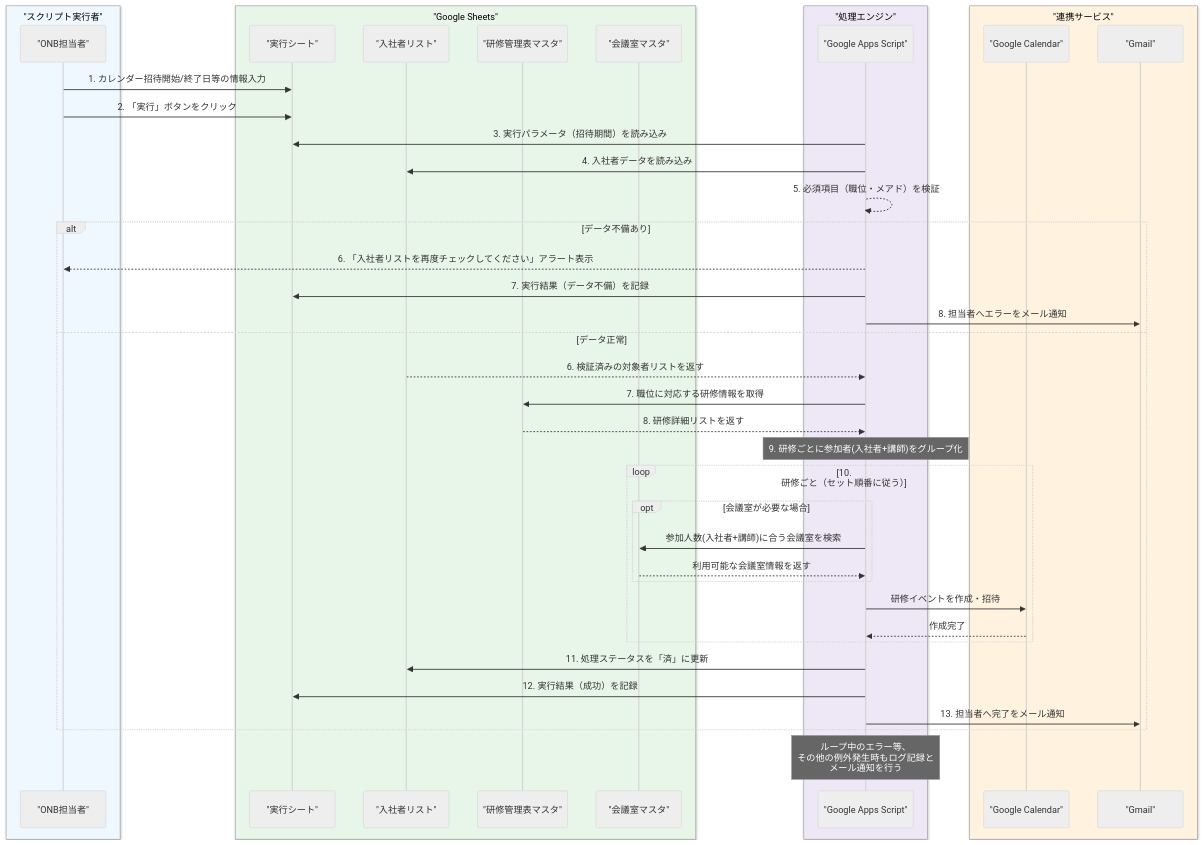
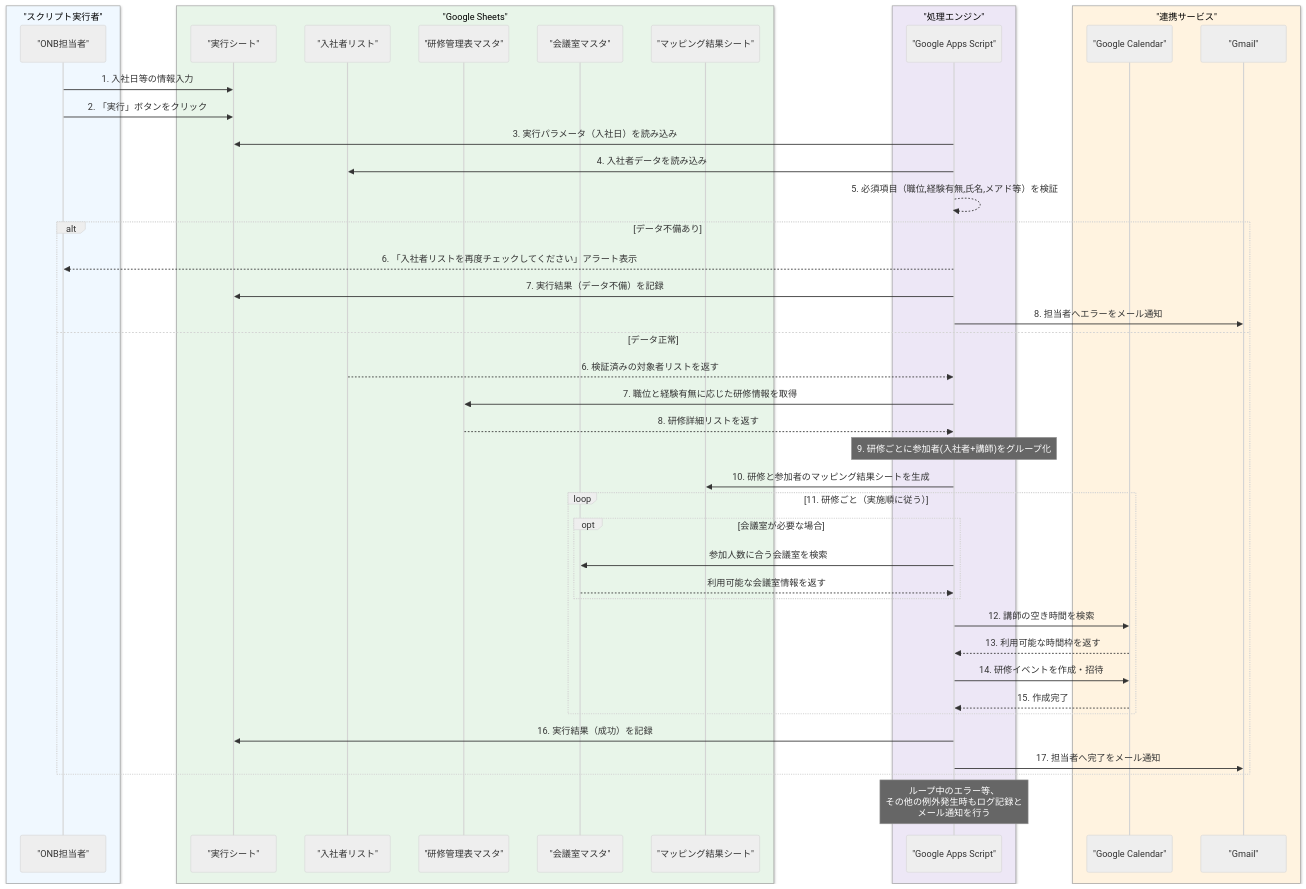
One commit to YutaImai-FLUX/flux_onb_automate changed the second of 4 diagrams in gas_calendar_automation.md. Above: the diagram before and after it, drawn with Mermaid (neutral theme). The commit also changed other lines of this file and 2 other files, not shown here.

````diff
--- a/gas_calendar_automation.md
+++ b/gas_calendar_automation.md
@@ -65,50 +68,53 @@
 ```mermaid
 sequenceDiagram
     box rgb(240, 248, 255) "スクリプト実行者"
         participant User as "ONB担当者"
     end
 
     box rgb(232, 245, 233) "Google Sheets"
         participant ExecutionSheet as "実行シート"
         participant NewHireList as "入社者リスト"
         participant Master as "研修管理表マスタ"
         participant Rooms as "会議室マスタ"
+        participant MappingSheet as "マッピング結果シート"
     end
 
     box rgb(237, 231, 246) "処理エンジン"
         participant GAS as "Google Apps Script"
     end
 
     box rgb(255, 243, 224) "連携サービス"
         participant Calendar as "Google Calendar"
         participant Gmail as "Gmail"
     end
 
-    User->>ExecutionSheet: 1. カレンダー招待開始/終了日等の情報入力
+    User->>ExecutionSheet: 1. 入社日等の情報入力
     User->>ExecutionSheet: 2. 「実行」ボタンをクリック
-    GAS->>ExecutionSheet: 3. 実行パラメータ（招待期間）を読み込み
+    GAS->>ExecutionSheet: 3. 実行パラメータ（入社日）を読み込み
     GAS->>NewHireList: 4. 入社者データを読み込み
-    GAS-->>GAS: 5. 必須項目（職位・メアド）を検証
+    GAS-->>GAS: 5. 必須項目（職位,経験有無,氏名,メアド等）を検証
     alt データ不備あり
         GAS-->>User: 6. 「入社者リストを再度チェックしてください」アラート表示
         GAS->>ExecutionSheet: 7. 実行結果（データ不備）を記録
         GAS->>Gmail: 8. 担当者へエラーをメール通知
     else データ正常
         NewHireList-->>GAS: 6. 検証済みの対象者リストを返す
-        GAS->>Master: 7. 職位に対応する研修情報を取得
+        GAS->>Master: 7. 職位と経験有無に応じた研修情報を取得
         Master-->>GAS: 8. 研修詳細リストを返す
         Note over GAS: 9. 研修ごとに参加者(入社者+講師)をグループ化
-        loop 10. 研修ごと（セット順番に従う）
+        GAS->>MappingSheet: 10. 研修と参加者のマッピング結果シートを生成
+        loop 11. 研修ごと（実施順に従う）
             opt 会議室が必要な場合
-                GAS->>Rooms: 参加人数(入社者+講師)に合う会議室を検索
+                GAS->>Rooms: 参加人数に合う会議室を検索
                 Rooms-->>GAS: 利用可能な会議室情報を返す
             end
-            GAS->>Calendar: 研修イベントを作成・招待
-            Calendar-->>GAS: 作成完了
+            GAS->>Calendar: 12. 講師の空き時間を検索
+            Calendar-->>GAS: 13. 利用可能な時間枠を返す
+            GAS->>Calendar: 14. 研修イベントを作成・招待
+            Calendar-->>GAS: 15. 作成完了
         end
-        GAS->>NewHireList: 11. 処理ステータスを「済」に更新
-        GAS->>ExecutionSheet: 12. 実行結果（成功）を記録
-        GAS->>Gmail: 13. 担当者へ完了をメール通知
+        GAS->>ExecutionSheet: 16. 実行結果（成功）を記録
+        GAS->>Gmail: 17. 担当者へ完了をメール通知
     end
     Note over GAS: ループ中のエラー等、<br>その他の例外発生時もログ記録と<br>メール通知を行う
 ```
````
